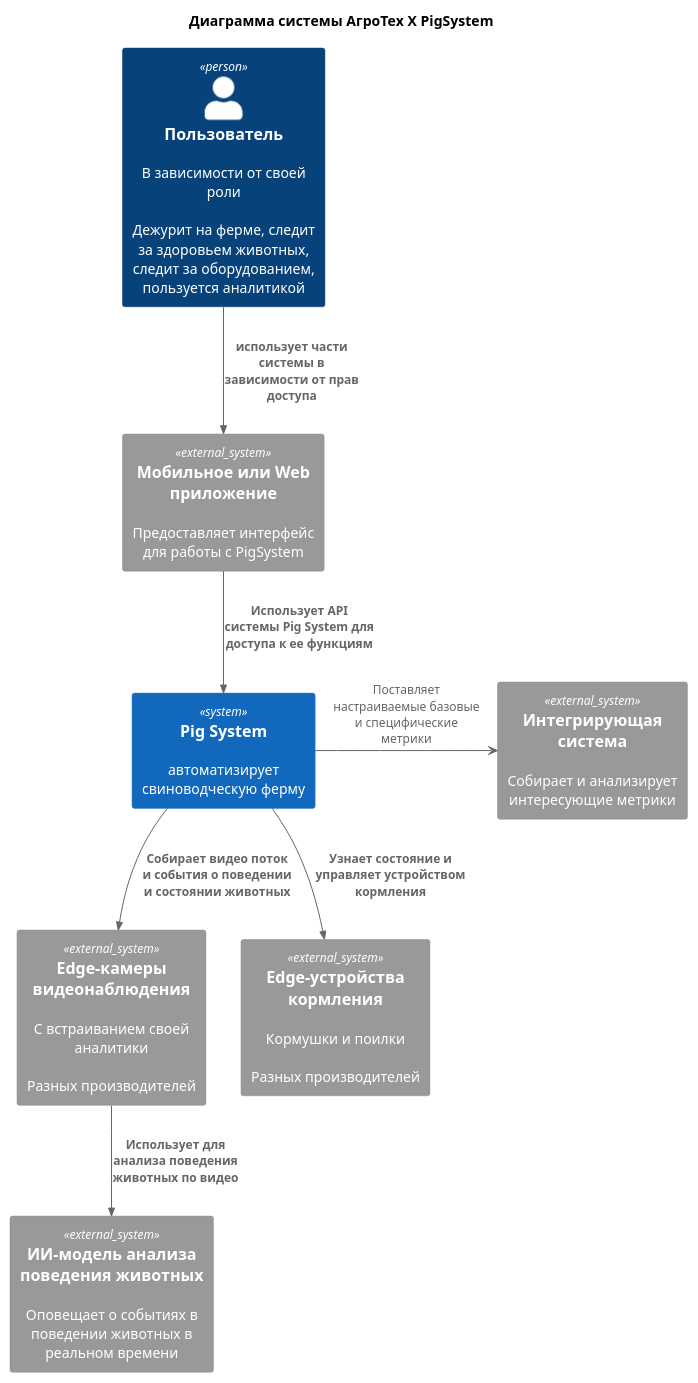
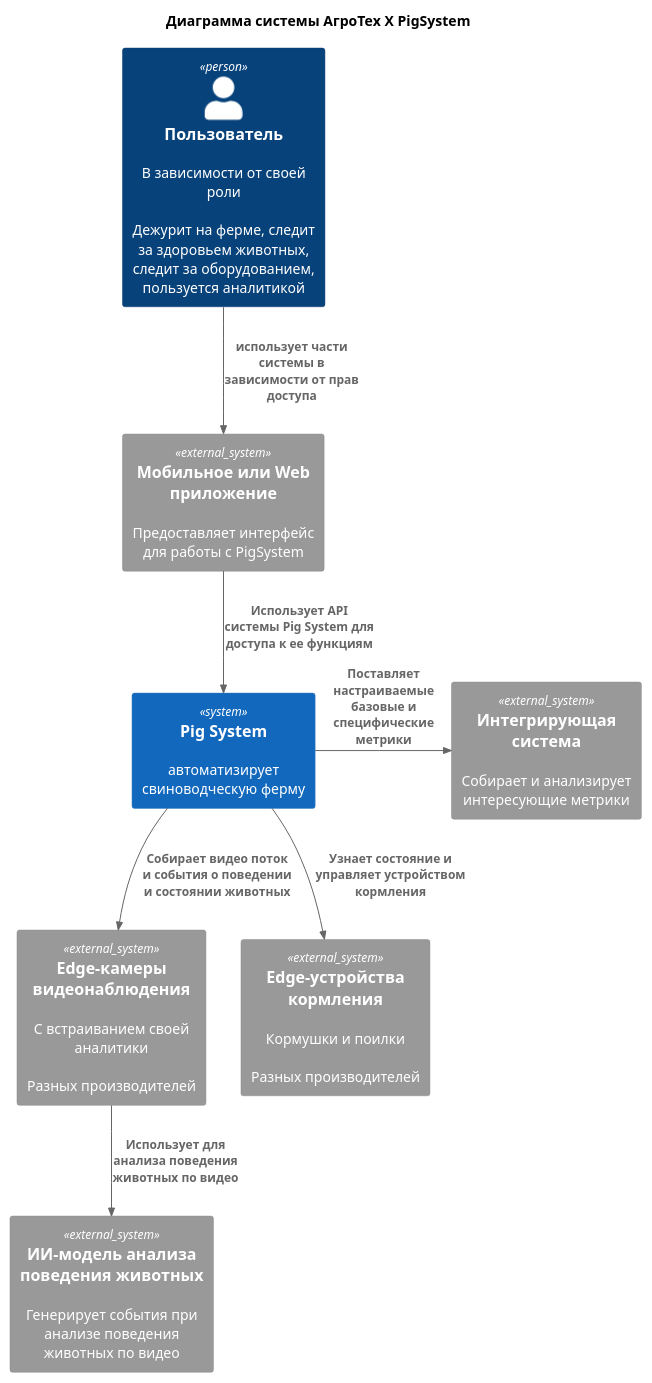
The diagram in Task1/Context.puml (ane-ta/ms-agrotech), drawn with PlantUML before and after one commit.

Commit message:
docs: C1main - refactor relation and clean text description

```diff
--- a/Task1/Context.puml
+++ b/Task1/Context.puml
@@ -1,31 +1,31 @@
 @startuml
 title Диаграмма системы АгроТех Х PigSystem
 
 '!include C4.puml
 !includeurl https://raw.githubusercontent.com/RicardoNiepel/C4-PlantUML/master/C4_Component.puml
 
 'using items
 Person(user, "Пользователь", "В зависимости от своей роли\r\nДежурит на ферме, следит за здоровьем животных, следит за оборудованием, пользуется аналитикой")
 
 System_Ext(appUsing, "Mобильное или Web приложение", "Предоставляет интерфейс для работы с PigSystem")
 System_Ext(sysIntegrating, "Интегрирующая система", "Собирает и анализирует интересующие метрики")
 
 'system itself
 System(PigFarmSystem, "Pig System", "автоматизирует свиноводческую ферму")
 
 'external items
 System_Ext(sysWatching, "Edge-камеры видеонаблюдения", "С встраиванием своей аналитики\r\nРазных производителей")
 System_Ext(sysFeeding, "Edge-устройства кормления", "Кормушки и поилки\r\nРазных производителей")
-System_Ext(sysPigBehaviour, "ИИ-модель анализа поведения животных", "Оповещает о событиях в поведении животных в реальном времени")
+System_Ext(sysPigBehaviour, "ИИ-модель анализа поведения животных", "Генерирует события при анализе поведения животных по видео")
 
 'using relations
 Rel(user, appUsing, "использует части системы в зависимости от прав доступа")
 Rel(appUsing,PigFarmSystem,"Использует API системы Pig System для доступа к ее функциям")
 Rel(sysWatching,sysPigBehaviour,"Использует для анализа поведения животных по видео")
 
 ' in use relations
 Rel(PigFarmSystem,sysWatching,"Собирает видео поток и события о поведении и состоянии животных")
 Rel(PigFarmSystem,sysFeeding,"Узнает состояние и управляет устройством кормления")
-PigFarmSystem -right-> sysIntegrating : "Поставляет настраиваемые базовые и специфические метрики"
+Rel_Right(PigFarmSystem, sysIntegrating, "Поставляет настраиваемые базовые и специфические метрики")
 
 @enduml
```
